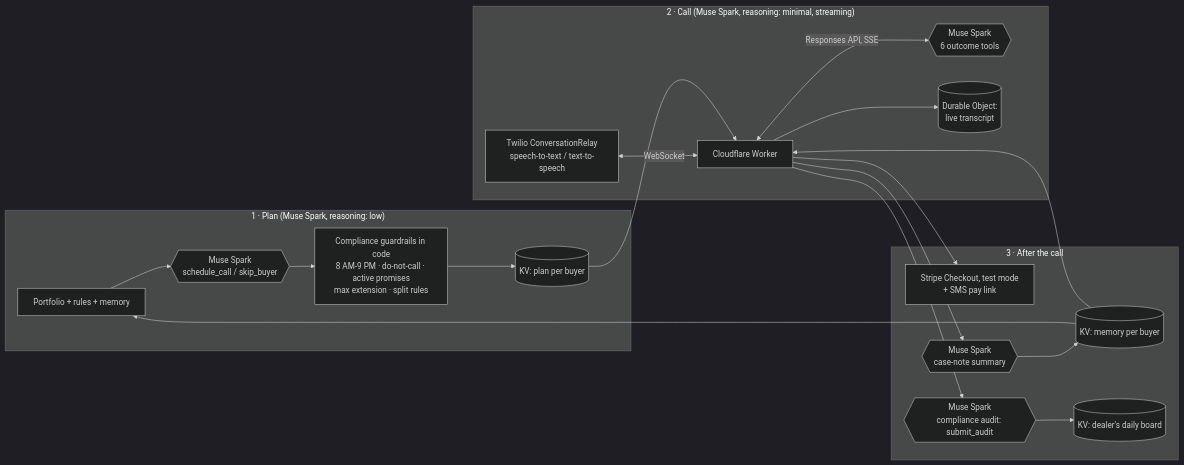
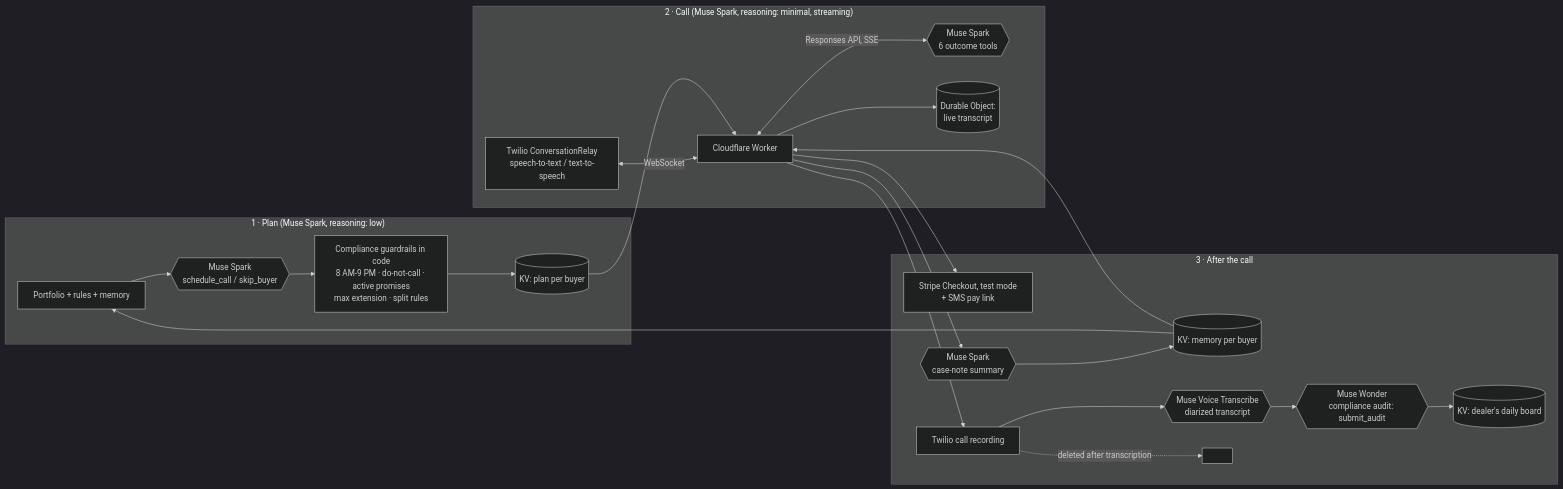
One commit to Joarciniegas/paymind-voice-hackathon changed the diagram in README.md. Above: the diagram before and after it, drawn with Mermaid (dark theme). The commit also changed other lines of this file and 5 other files, not shown here.

First line of the commit message:
Three Meta models: Muse Voice Transcribe re-transcribes the call recording (diarized), Muse Wonder audits it

````diff
--- a/README.md
+++ b/README.md
@@ -48,21 +48,22 @@
 ```mermaid
 flowchart LR
   subgraph Plan["1 · Plan (Muse Spark, reasoning: low)"]
     P[Portfolio + rules + memory] --> M1{{Muse Spark<br/>schedule_call / skip_buyer}}
     M1 --> G[Compliance guardrails in code<br/>8 AM-9 PM · do-not-call · active promises<br/>max extension · split rules]
     G --> KV1[(KV: plan per buyer)]
   end
   subgraph Call["2 · Call (Muse Spark, reasoning: minimal, streaming)"]
     T[Twilio ConversationRelay<br/>speech-to-text / text-to-speech] <-->|WebSocket| W[Cloudflare Worker]
     W <-->|Responses API, SSE| M2{{Muse Spark<br/>6 outcome tools}}
     W --> DO[(Durable Object:<br/>live transcript)]
   end
   subgraph After["3 · After the call"]
     W --> S[Stripe Checkout, test mode<br/>+ SMS pay link]
     W --> M3{{Muse Spark<br/>case-note summary}} --> KV2[(KV: memory per buyer)]
-    W --> M4{{Muse Spark<br/>compliance audit: submit_audit}} --> ST[(KV: dealer's daily board)]
+    W --> R[Twilio call recording] --> VT{{Muse Voice Transcribe<br/>diarized transcript}} --> M4{{Muse Wonder<br/>compliance audit: submit_audit}} --> ST[(KV: dealer's daily board)]
+    R -. deleted after transcription .-> X[ ]
   end
   KV1 --> W
   KV2 --> P
   KV2 --> W
 ```
````
